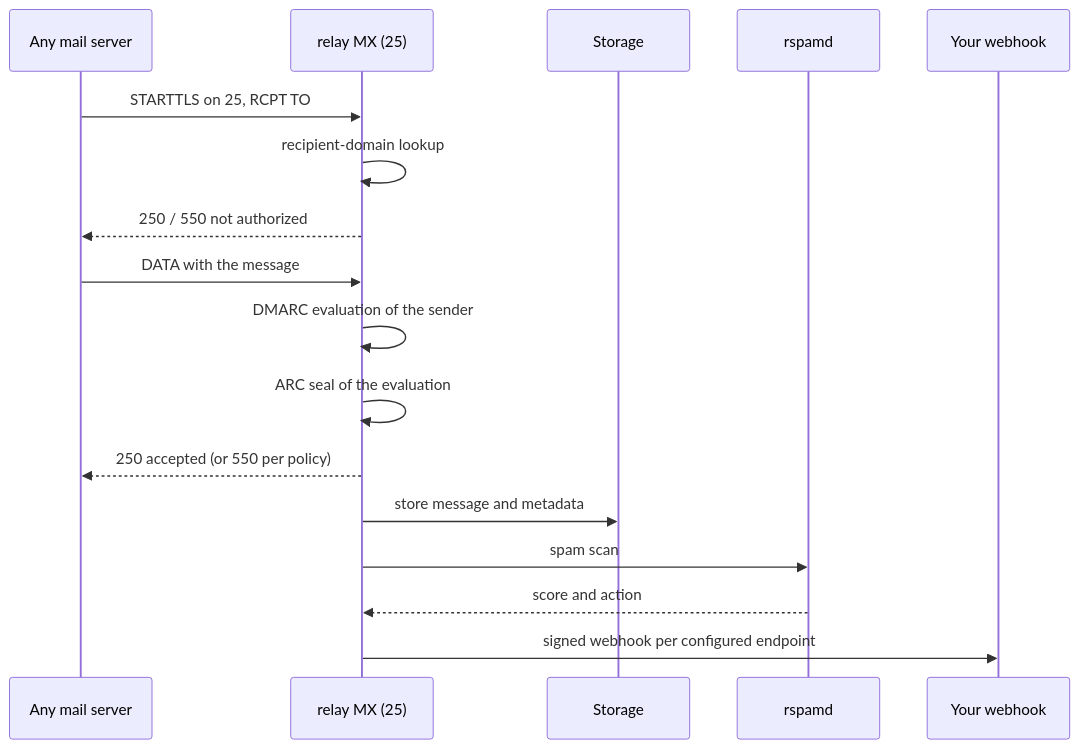
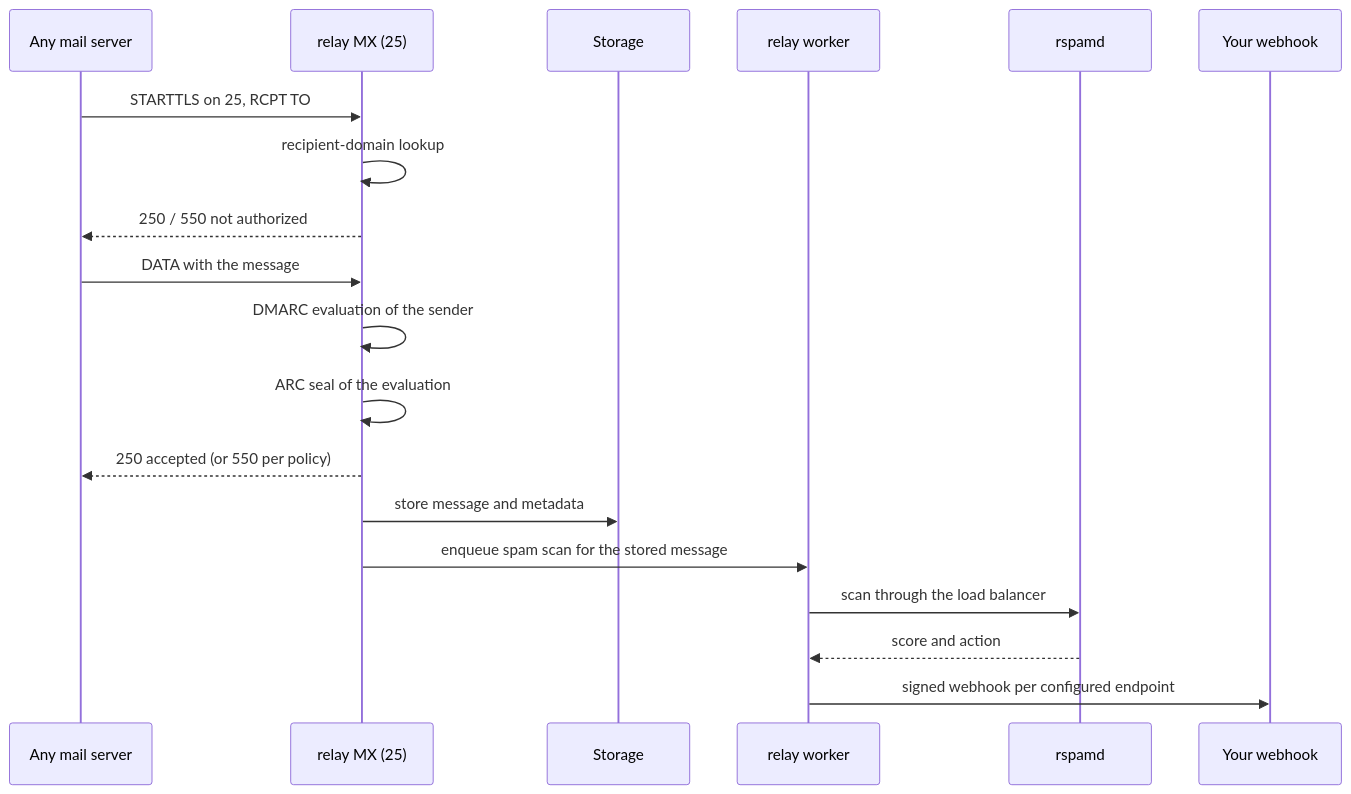
Before and after one commit to codingjoe/relay: the diagram in docs/docs/receiving.md, drawn with Mermaid. The commit also changed other lines of this file and 14 other files, not shown here.

````diff
--- a/docs/docs/receiving.md
+++ b/docs/docs/receiving.md
@@ -28,20 +28,22 @@
 ```mermaid
 sequenceDiagram
     participant Sender as Any mail server
     participant MX as relay MX (25)
     participant Store as Storage
+    participant Worker as relay worker
     participant Scan as rspamd
     participant Hook as Your webhook
 
     Sender->>MX: STARTTLS on 25, RCPT TO
     MX->>MX: recipient-domain lookup
     MX-->>Sender: 250 / 550 not authorized
     Sender->>MX: DATA with the message
     MX->>MX: DMARC evaluation of the sender
     MX->>MX: ARC seal of the evaluation
     MX-->>Sender: 250 accepted (or 550 per policy)
     MX->>Store: store message and metadata
-    MX->>Scan: spam scan
-    Scan-->>MX: score and action
-    MX->>Hook: signed webhook per configured endpoint
+    MX->>Worker: enqueue spam scan for the stored message
+    Worker->>Scan: scan through the load balancer
+    Scan-->>Worker: score and action
+    Worker->>Hook: signed webhook per configured endpoint
 ```
````
